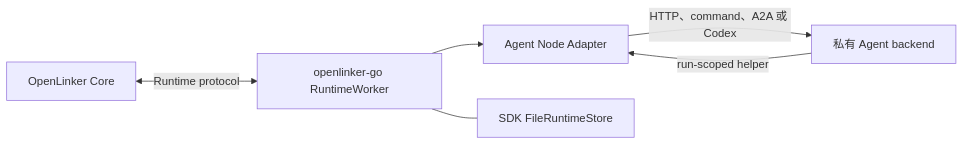
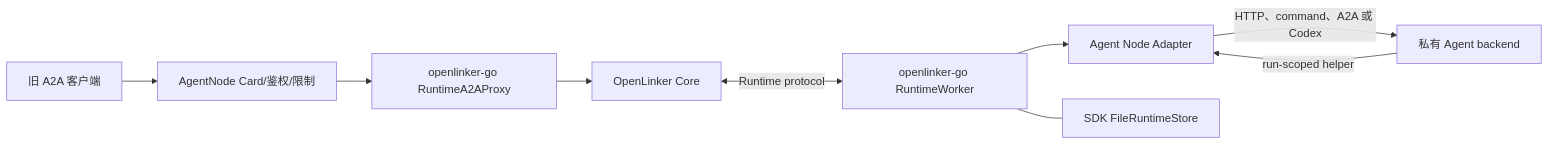
Before and after one commit to OpenLinker-ai/openlinker-agent-node: the diagram in README.zh-CN.md, drawn with Mermaid. The commit also changed other lines of this file and 37 other files, not shown here.

Commit message:
refactor: keep agent node as stateless adapter

````diff
--- a/README.zh-CN.md
+++ b/README.zh-CN.md
@@ -22,8 +24,11 @@
 ```mermaid
 flowchart LR
   Core["OpenLinker Core"] <-->|"Runtime protocol"| SDK["openlinker-go RuntimeWorker"]
   SDK --> Handler["Agent Node Adapter"]
   Handler -->|"HTTP、command、A2A 或 Codex"| Backend["私有 Agent backend"]
   Backend -->|"run-scoped helper"| Handler
   SDK --- Store["SDK FileRuntimeStore"]
+  A2AClient["旧 A2A 客户端"] --> Compat["AgentNode Card/鉴权/限制"]
+  Compat --> Proxy["openlinker-go RuntimeA2AProxy"]
+  Proxy --> Core
 ```
````
